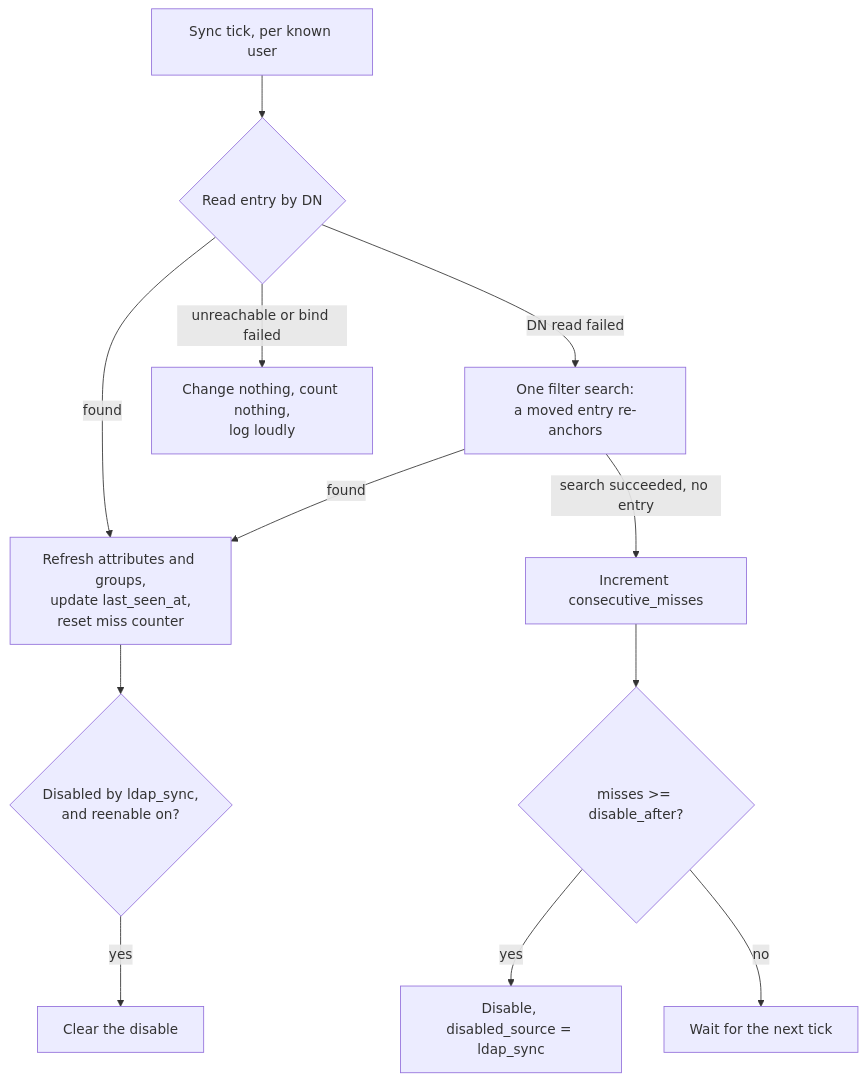
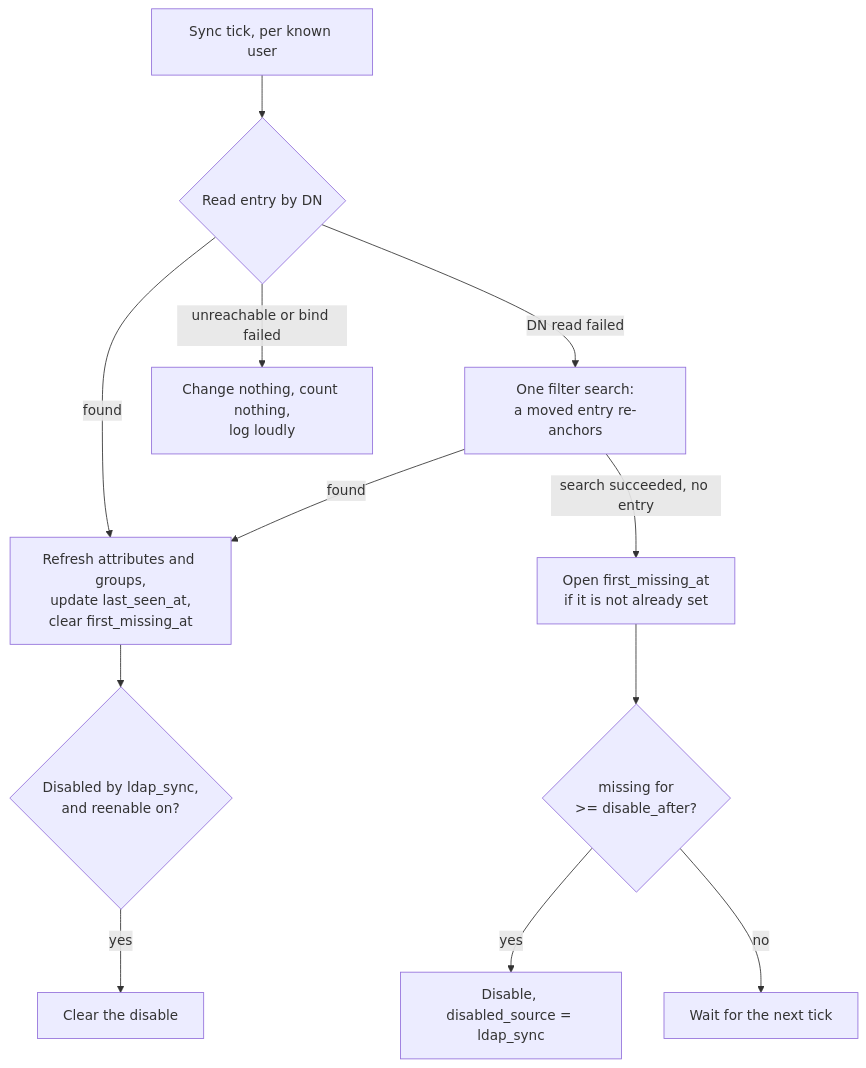
The diagram in user-docs/src/content/docs/operations/ldap.md (mnestor/ssoossh), drawn with Mermaid before and after one commit. The commit also changed other lines of this file and 18 other files, not shown here.

````diff
--- a/user-docs/src/content/docs/operations/ldap.md
+++ b/user-docs/src/content/docs/operations/ldap.md
@@ -206,14 +206,14 @@
 ```mermaid
 flowchart TD
     S["Sync tick, per known user"] --> D{"Read entry by DN"}
-    D -- "found" --> R["Refresh attributes and groups,<br/>update last_seen_at,<br/>reset miss counter"]
+    D -- "found" --> R["Refresh attributes and groups,<br/>update last_seen_at,<br/>clear first_missing_at"]
     D -- "DN read failed" --> F["One filter search:<br/>a moved entry re-anchors"]
     F -- "found" --> R
-    F -- "search succeeded, no entry" --> M["Increment consecutive_misses"]
-    M --> T{"misses >= disable_after?"}
+    F -- "search succeeded, no entry" --> M["Open first_missing_at<br/>if it is not already set"]
+    M --> T{"missing for<br/>>= disable_after?"}
     T -- "yes" --> X["Disable, disabled_source = ldap_sync"]
     T -- "no" --> W["Wait for the next tick"]
     D -- "unreachable or bind failed" --> N["Change nothing, count nothing,<br/>log loudly"]
     R --> E{"Disabled by ldap_sync,<br/>and reenable on?"}
     E -- "yes" --> C["Clear the disable"]
 ```
````
